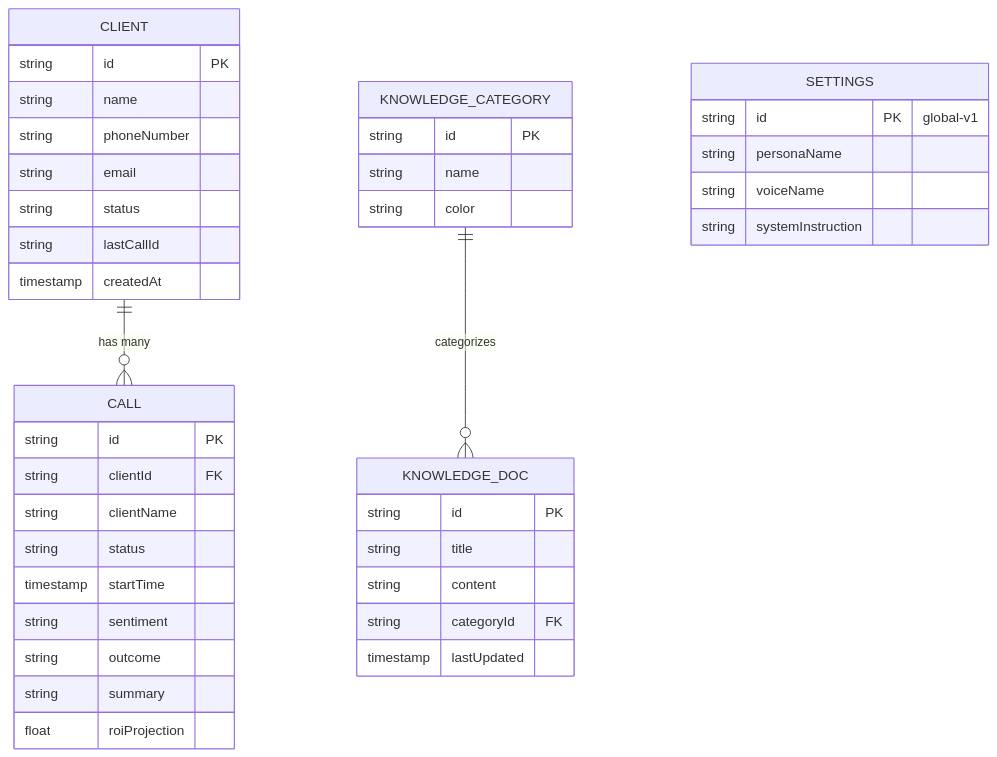
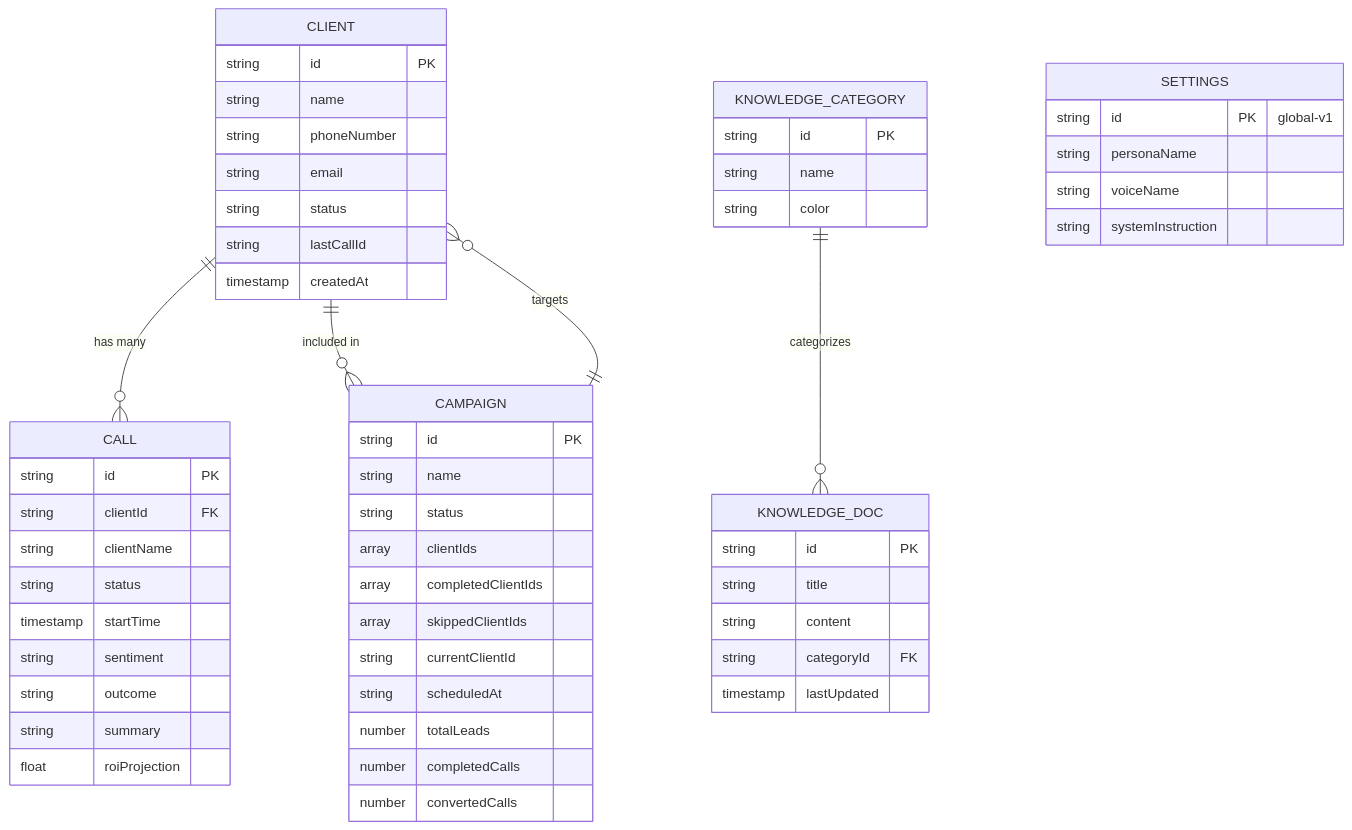
One commit to drdhavaltrivedi/vocalbridge-sales-ai changed the sixth of 6 diagrams in README.md. Above: the diagram before and after it, drawn with Mermaid. The commit also changed other lines of this file, not shown here.

Commit message:
Docs: Updated README with Campaign documentation, model corrections, and Render deployment guides

````diff
--- a/README.md
+++ b/README.md
@@ -262,48 +318,64 @@
 ```mermaid
 erDiagram
     CLIENT {
         string id PK
         string name
         string phoneNumber
         string email
         string status
         string lastCallId
         timestamp createdAt
     }
-    
+
     CALL {
         string id PK
         string clientId FK
         string clientName
         string status
         timestamp startTime
         string sentiment
         string outcome
         string summary
         float roiProjection
     }
-    
+
     KNOWLEDGE_DOC {
         string id PK
         string title
         string content
         string categoryId FK
         timestamp lastUpdated
     }
-    
+
     KNOWLEDGE_CATEGORY {
         string id PK
         string name
         string color
     }
-    
+
     SETTINGS {
         string id PK "global-v1"
         string personaName
         string voiceName
         string systemInstruction
     }
 
+    CAMPAIGN {
+        string id PK
+        string name
+        string status
+        array clientIds
+        array completedClientIds
+        array skippedClientIds
+        string currentClientId
+        string scheduledAt
+        number totalLeads
+        number completedCalls
+        number convertedCalls
+    }
+
     CLIENT ||--o{ CALL : "has many"
     KNOWLEDGE_CATEGORY ||--o{ KNOWLEDGE_DOC : "categorizes"
+    CAMPAIGN ||--o{ CLIENT : "targets"
+    CLIENT ||--o{ CAMPAIGN : "included in"
 ```
````
